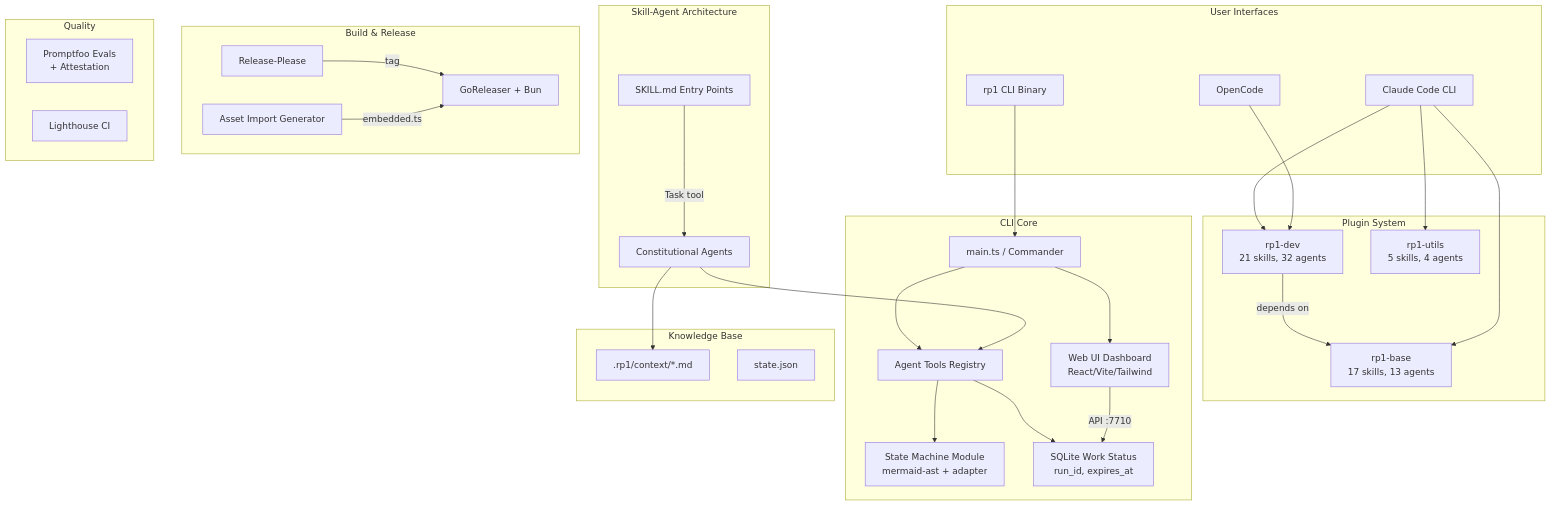
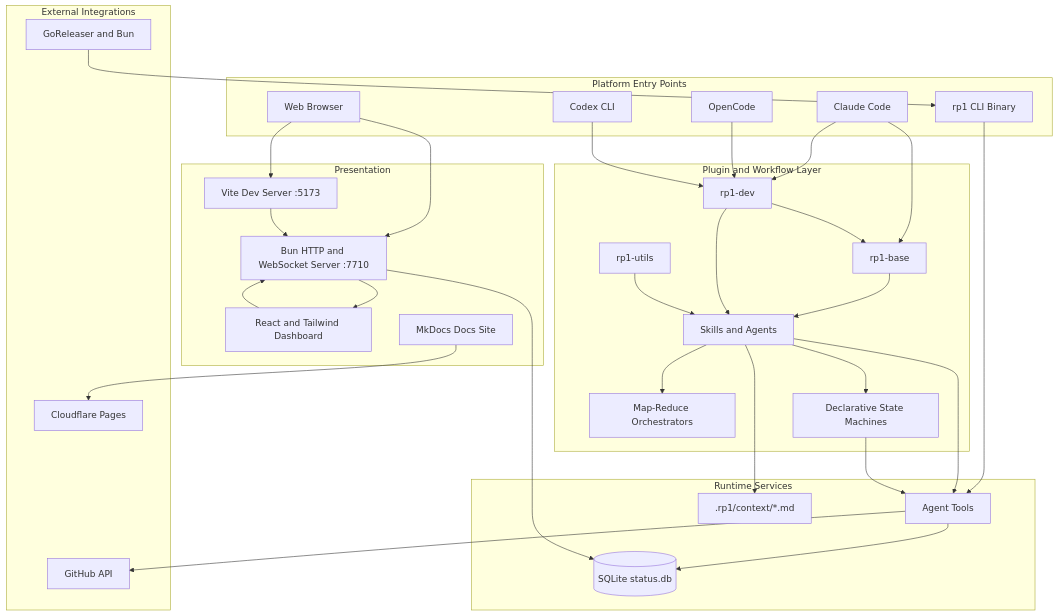
The diagram in .rp1/context/architecture.md (rp1-run/rp1), drawn with Mermaid before and after one commit. The commit also changed other lines of this file and 323 other files, not shown here.

````diff
--- a/.rp1/context/architecture.md
+++ b/.rp1/context/architecture.md
@@ -9,60 +9,66 @@
 ```mermaid
-graph TB
-    subgraph "User Interfaces"
-        CC[Claude Code CLI]
+flowchart TB
+    subgraph Platforms[Platform Entry Points]
+        CC[Claude Code]
         OC[OpenCode]
-        CLI[rp1 CLI Binary]
+        CX[Codex CLI]
+        BIN[rp1 CLI Binary]
+        WEB[Web Browser]
     end
 
-    subgraph "Plugin System"
-        Base["rp1-base<br/>17 skills, 13 agents"]
-        Dev["rp1-dev<br/>21 skills, 32 agents"]
-        Utils["rp1-utils<br/>5 skills, 4 agents"]
-        Dev -->|depends on| Base
+    subgraph Plugins[Plugin and Workflow Layer]
+        BASE[rp1-base]
+        DEV[rp1-dev]
+        UTILS[rp1-utils]
+        SKILLS[Skills and Agents]
+        MAPR[Map-Reduce Orchestrators]
+        STM[Declarative State Machines]
     end
 
-    subgraph "Skill-Agent Architecture"
-        Skills[SKILL.md Entry Points]
-        Agents[Constitutional Agents]
-        Skills -->|Task tool| Agents
+    subgraph Runtime[Runtime Services]
+        TOOLS[Agent Tools]
+        DB[(SQLite status.db)]
+        KB[.rp1/context/*.md]
     end
 
-    subgraph "CLI Core"
-        Main[main.ts / Commander]
-        AgentTools[Agent Tools Registry]
-        SM["State Machine Module<br/>mermaid-ast + adapter"]
-        WebUI["Web UI Dashboard<br/>React/Vite/Tailwind"]
-        SQLite["SQLite Work Status<br/>run_id, expires_at"]
-        Main --> AgentTools
-        Main --> WebUI
-        AgentTools --> SQLite
-        AgentTools --> SM
+    subgraph UI[Presentation]
+        WS[Bun HTTP and WebSocket Server :7710]
+        VITE[Vite Dev Server :5173]
+        DASH[React and Tailwind Dashboard]
+        DOCS[MkDocs Docs Site]
     end
 
-    subgraph "Knowledge Base"
-        KB[".rp1/context/*.md"]
-        State[state.json]
+    subgraph External[External Integrations]
+        GH[GitHub API]
+        REL[GoReleaser and Bun]
+        CF[Cloudflare Pages]
     end
 
-    subgraph "Build & Release"
-        RP[Release-Please]
-        GR[GoReleaser + Bun]
-        AssetGen[Asset Import Generator]
-        RP -->|tag| GR
-        AssetGen -->|embedded.ts| GR
-    end
+    CC --> BASE
+    CC --> DEV
+    OC --> DEV
+    CX --> DEV
+    BIN --> TOOLS
+    WEB --> VITE
+    WEB --> WS
 
-    subgraph "Quality"
-        Evals["Promptfoo Evals<br/>+ Attestation"]
-        LHCI[Lighthouse CI]
-    end
+    DEV --> BASE
+    BASE --> SKILLS
+    DEV --> SKILLS
+    UTILS --> SKILLS
+    SKILLS --> MAPR
+    SKILLS --> STM
+    SKILLS --> TOOLS
+    SKILLS --> KB
 
-    CC --> Base
-    CC --> Dev
-    CC --> Utils
-    OC --> Dev
-    CLI --> Main
-    Agents --> KB
-    Agents --> AgentTools
-    WebUI -->|API :7710| SQLite
+    STM --> TOOLS
+    TOOLS --> DB
+    TOOLS --> GH
+    WS --> DB
+    WS --> DASH
+    VITE --> WS
+    DASH --> WS
+
+    REL --> BIN
+    DOCS --> CF
 ```
````
